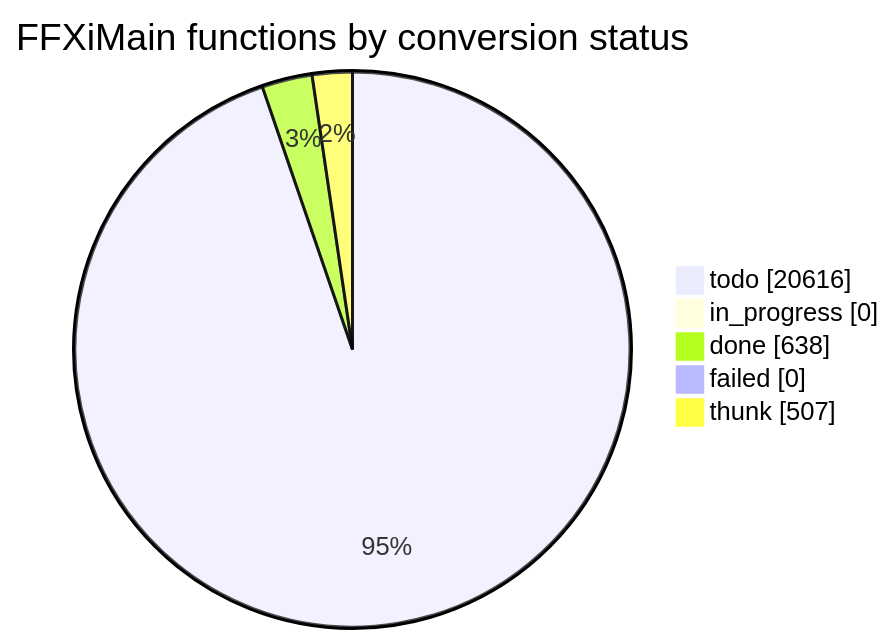
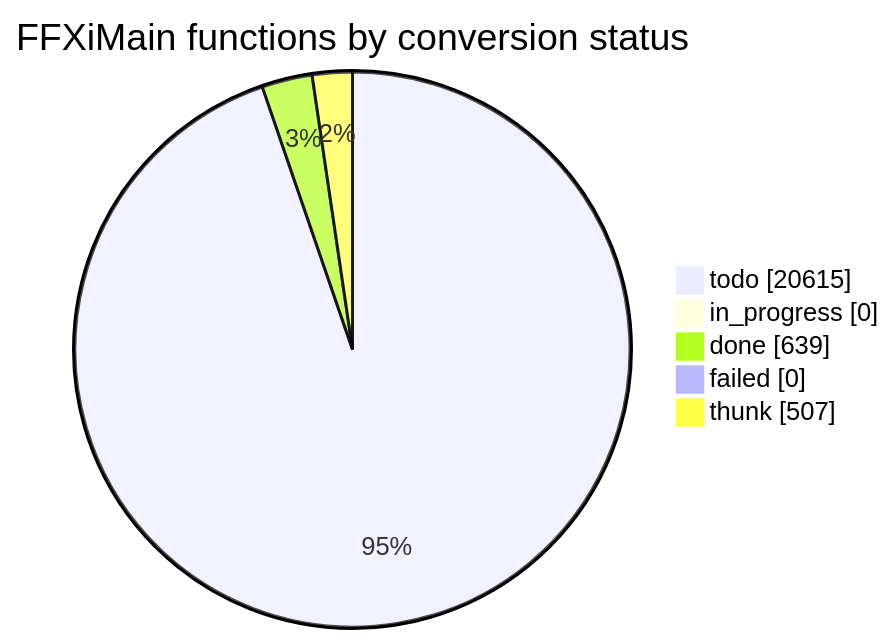
One commit to cowrevenge/cow_kuluu_xi_anything changed the diagram in docs/cow/STATUS.md. Above: the diagram before and after it, drawn with Mermaid. The commit also changed other lines of this file and 9 other files, not shown here.

````diff
--- a/docs/cow/STATUS.md
+++ b/docs/cow/STATUS.md
@@ -18,9 +18,9 @@
 ```mermaid
 pie showData
     title FFXiMain functions by conversion status
-    "todo" : 20616
+    "todo" : 20615
     "in_progress" : 0
-    "done" : 638
+    "done" : 639
     "failed" : 0
     "thunk" : 507
 ```
````
